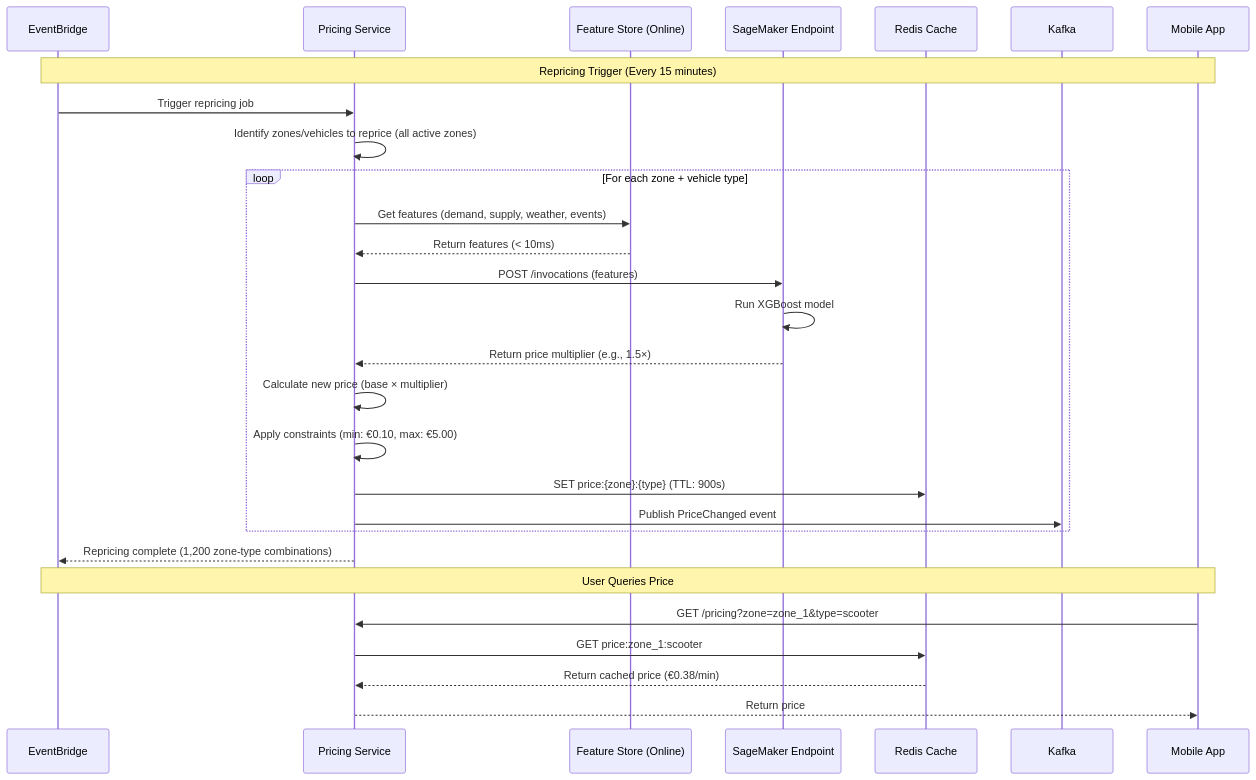
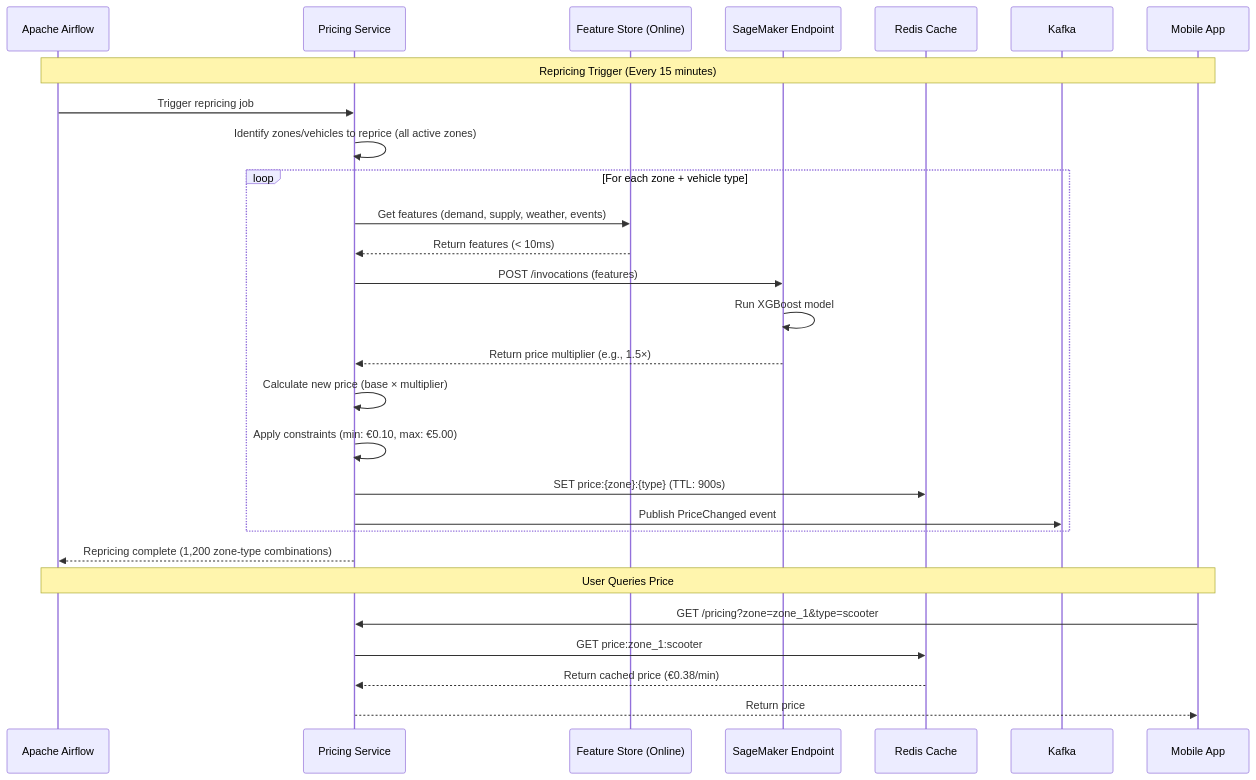
The diagram in HLD/scenarios/dynamic_pricing.md (SumoSumir/kata-na), drawn with Mermaid before and after one commit. The commit also changed other lines of this file and 3 other files, not shown here.

````diff
--- a/HLD/scenarios/dynamic_pricing.md
+++ b/HLD/scenarios/dynamic_pricing.md
@@ -33,34 +33,34 @@
 ```mermaid
 sequenceDiagram
-    participant EB as EventBridge
+    participant EB as Apache Airflow
     participant PS as Pricing Service
     participant FS as Feature Store (Online)
     participant SM as SageMaker Endpoint
     participant Cache as Redis Cache
     participant Kafka as Kafka
     participant Client as Mobile App
 
     Note over EB,Client: Repricing Trigger (Every 15 minutes)
     EB->>PS: Trigger repricing job
     PS->>PS: Identify zones/vehicles to reprice (all active zones)
     
     loop For each zone + vehicle type
         PS->>FS: Get features (demand, supply, weather, events)
         FS-->>PS: Return features (< 10ms)
         PS->>SM: POST /invocations (features)
         SM->>SM: Run XGBoost model
         SM-->>PS: Return price multiplier (e.g., 1.5×)
         PS->>PS: Calculate new price (base × multiplier)
         PS->>PS: Apply constraints (min: €0.10, max: €5.00)
         PS->>Cache: SET price:{zone}:{type} (TTL: 900s)
         PS->>Kafka: Publish PriceChanged event
     end
     
     PS-->>EB: Repricing complete (1,200 zone-type combinations)
     
     Note over EB,Client: User Queries Price
     Client->>PS: GET /pricing?zone=zone_1&type=scooter
     PS->>Cache: GET price:zone_1:scooter
     Cache-->>PS: Return cached price (€0.38/min)
     PS-->>Client: Return price
 ```
````
